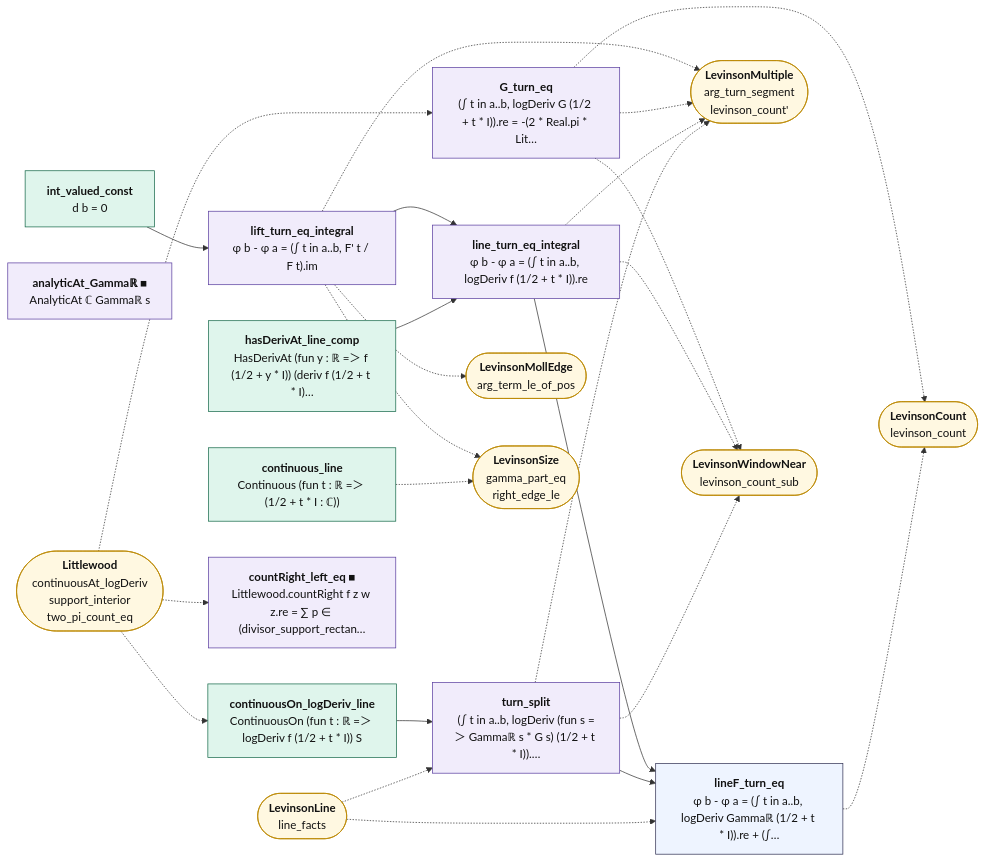
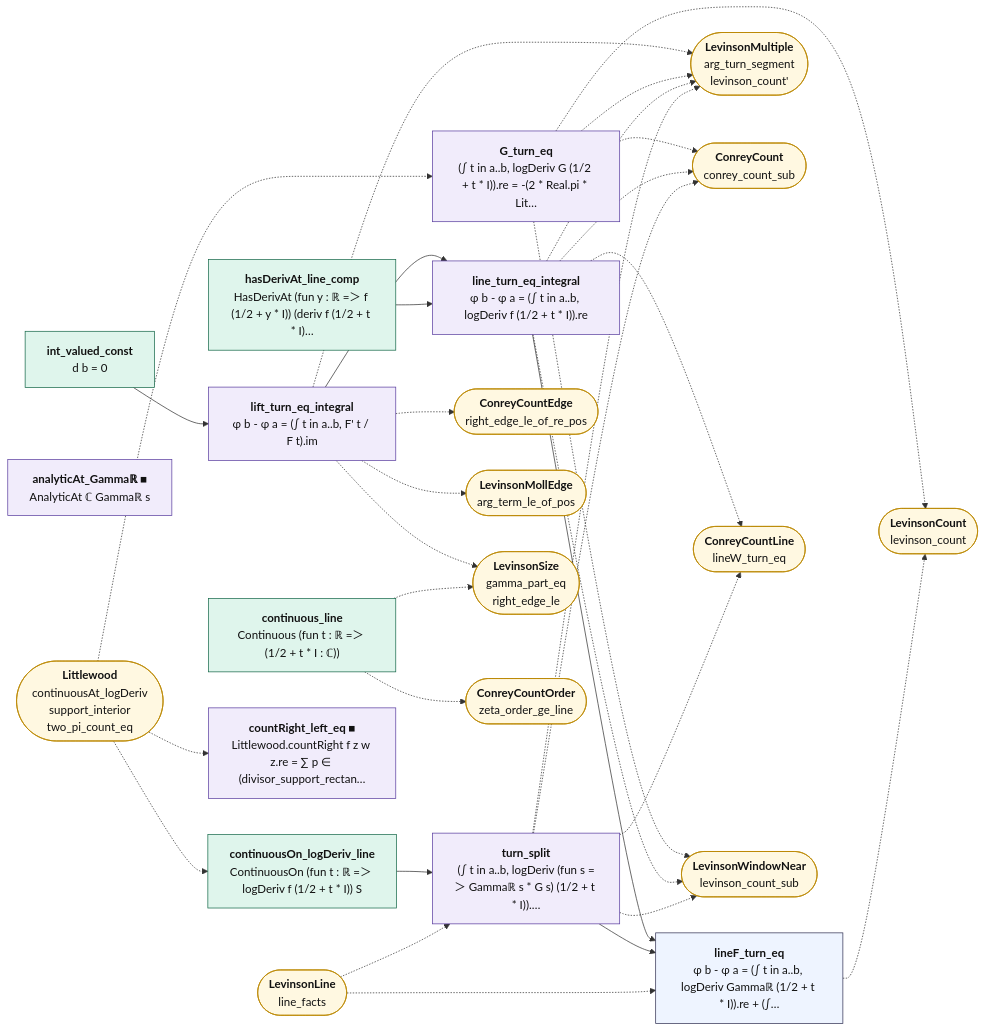
One commit to juliansambranojr/Primebeat_081426 changed the diagram in map/lean_stage3/LevinsonTurn.md. Above: the diagram before and after it, drawn with Mermaid. The commit also changed other lines of this file and 48 other files, not shown here.

````diff
--- a/map/lean_stage3/LevinsonTurn.md
+++ b/map/lean_stage3/LevinsonTurn.md
@@ -14,52 +14,63 @@
 ```mermaid
 flowchart LR
   n0["<b>int_valued_const</b><br/>d b = 0"]:::cnt
   n1["<b>lift_turn_eq_integral</b><br/>φ b - φ a = (∫ t in a..b, F' t / F t).im"]:::shp
   n2["<b>hasDerivAt_line_comp</b><br/>HasDerivAt (fun y : ℝ =＞ f (1/2 + y * I)) (deriv f (1/2 + t * I)…"]:::cnt
   n3["<b>continuous_line</b><br/>Continuous (fun t : ℝ =＞ (1/2 + t * I : ℂ))"]:::cnt
   n4["<b>line_turn_eq_integral</b><br/>φ b - φ a = (∫ t in a..b, logDeriv f (1/2 + t * I)).re"]:::shp
   n5["<b>continuousOn_logDeriv_line</b><br/>ContinuousOn (fun t : ℝ =＞ logDeriv f (1/2 + t * I)) S"]:::cnt
   n6["<b>analyticAt_Gammaℝ ■</b><br/>AnalyticAt ℂ Gammaℝ s"]:::shp
   n7["<b>turn_split</b><br/>(∫ t in a..b, logDeriv (fun s =＞ Gammaℝ s * G s) (1/2 + t * I)).…"]:::shp
   n8["<b>lineF_turn_eq</b><br/>φ b - φ a = (∫ t in a..b, logDeriv Gammaℝ (1/2 + t * I)).re + (∫…"]:::thm
   n9["<b>countRight_left_eq ■</b><br/>Littlewood.countRight f z w z.re = ∑ p ∈ (divisor_support_rectan…"]:::shp
   n10["<b>G_turn_eq</b><br/>(∫ t in a..b, logDeriv G (1/2 + t * I)).re = -(2 * Real.pi * Lit…"]:::shp
-  x0(["<b>LevinsonMollEdge</b><br/>arg_term_le_of_pos"]):::ext
-  x1(["<b>LevinsonMultiple</b><br/>arg_turn_segment<br/>levinson_count'"]):::ext
-  x2(["<b>LevinsonSize</b><br/>gamma_part_eq<br/>right_edge_le"]):::ext
-  x3(["<b>LevinsonWindowNear</b><br/>levinson_count_sub"]):::ext
-  x4(["<b>Littlewood</b><br/>continuousAt_logDeriv<br/>support_interior<br/>two_pi_count_eq"]):::ext
-  x5(["<b>LevinsonLine</b><br/>line_facts"]):::ext
-  x6(["<b>LevinsonCount</b><br/>levinson_count"]):::ext
+  x0(["<b>ConreyCountEdge</b><br/>right_edge_le_of_re_pos"]):::ext
+  x1(["<b>LevinsonMollEdge</b><br/>arg_term_le_of_pos"]):::ext
+  x2(["<b>LevinsonMultiple</b><br/>arg_turn_segment<br/>levinson_count'"]):::ext
+  x3(["<b>LevinsonSize</b><br/>gamma_part_eq<br/>right_edge_le"]):::ext
+  x4(["<b>ConreyCountOrder</b><br/>zeta_order_ge_line"]):::ext
+  x5(["<b>ConreyCount</b><br/>conrey_count_sub"]):::ext
+  x6(["<b>ConreyCountLine</b><br/>lineW_turn_eq"]):::ext
+  x7(["<b>LevinsonWindowNear</b><br/>levinson_count_sub"]):::ext
+  x8(["<b>Littlewood</b><br/>continuousAt_logDeriv<br/>support_interior<br/>two_pi_count_eq"]):::ext
+  x9(["<b>LevinsonLine</b><br/>line_facts"]):::ext
+  x10(["<b>LevinsonCount</b><br/>levinson_count"]):::ext
   n0 --> n1
   n1 --> n4
   n2 --> n4
   n4 --> n8
   n5 --> n7
   n7 --> n8
   n1 -.-> x0
   n1 -.-> x1
   n1 -.-> x2
-  n10 -.-> x1
-  n10 -.-> x3
-  n10 -.-> x6
-  n3 -.-> x2
-  n4 -.-> x1
-  n4 -.-> x3
-  n7 -.-> x1
-  n7 -.-> x3
-  n8 -.-> x6
-  x4 -.-> n10
-  x4 -.-> n5
-  x4 -.-> n9
-  x5 -.-> n7
-  x5 -.-> n8
+  n1 -.-> x3
+  n10 -.-> x10
+  n10 -.-> x2
+  n10 -.-> x5
+  n10 -.-> x7
+  n3 -.-> x3
+  n3 -.-> x4
+  n4 -.-> x2
+  n4 -.-> x5
+  n4 -.-> x6
+  n4 -.-> x7
+  n7 -.-> x2
+  n7 -.-> x5
+  n7 -.-> x6
+  n7 -.-> x7
+  n8 -.-> x10
+  x8 -.-> n10
+  x8 -.-> n5
+  x8 -.-> n9
+  x9 -.-> n7
+  x9 -.-> n8
   classDef cnt fill:#dff5ec,stroke:#17694a,color:#111
   classDef shp fill:#f1ecfb,stroke:#5b3fa0,color:#111
   classDef rh fill:#ffe5e5,stroke:#c22,color:#111,stroke-width:2px
   classDef thm fill:#eef4ff,stroke:#335,color:#111
   classDef end_ fill:#e7f7e7,stroke:#2a7,color:#111,stroke-width:2px
   classDef lone fill:#fff,stroke:#999,color:#111,stroke-dasharray:4 3
   classDef bad fill:#ffe5e5,stroke:#c22,color:#111,stroke-width:2px
   classDef ext fill:#fff8e1,stroke:#b80,color:#111
 ```
````
